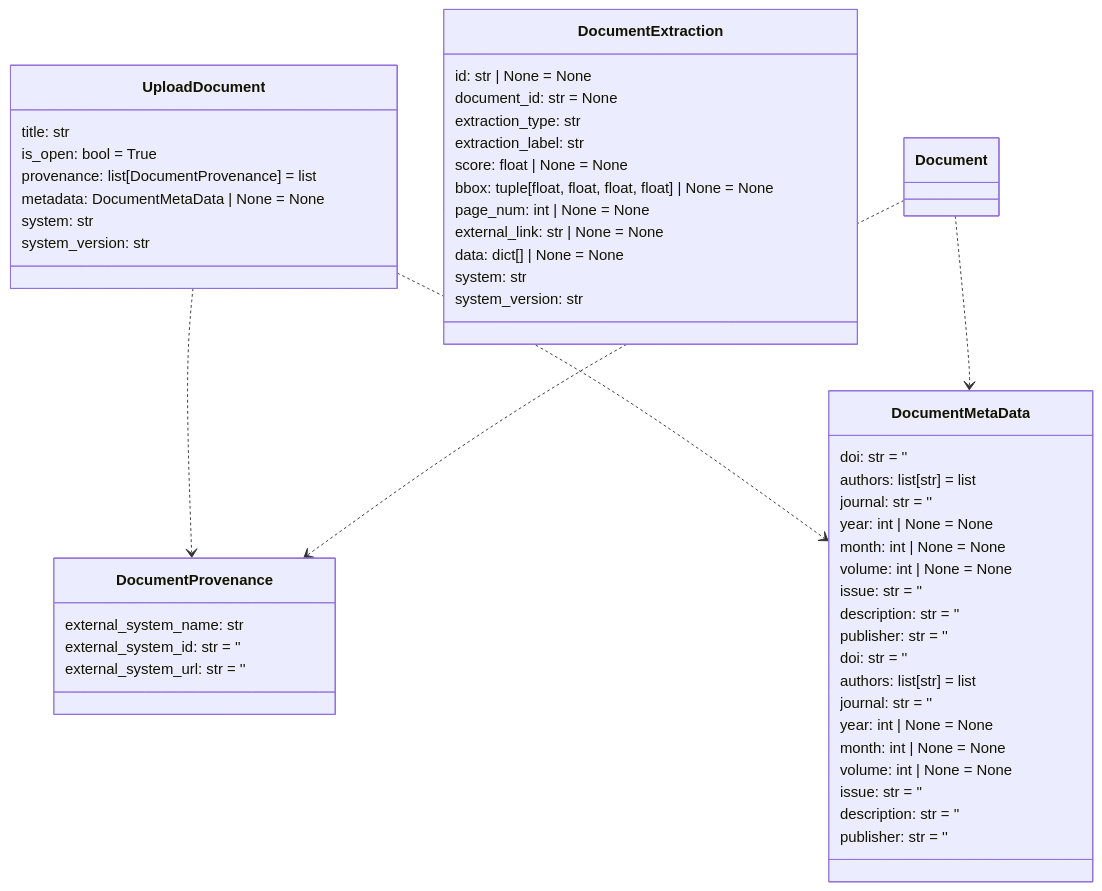
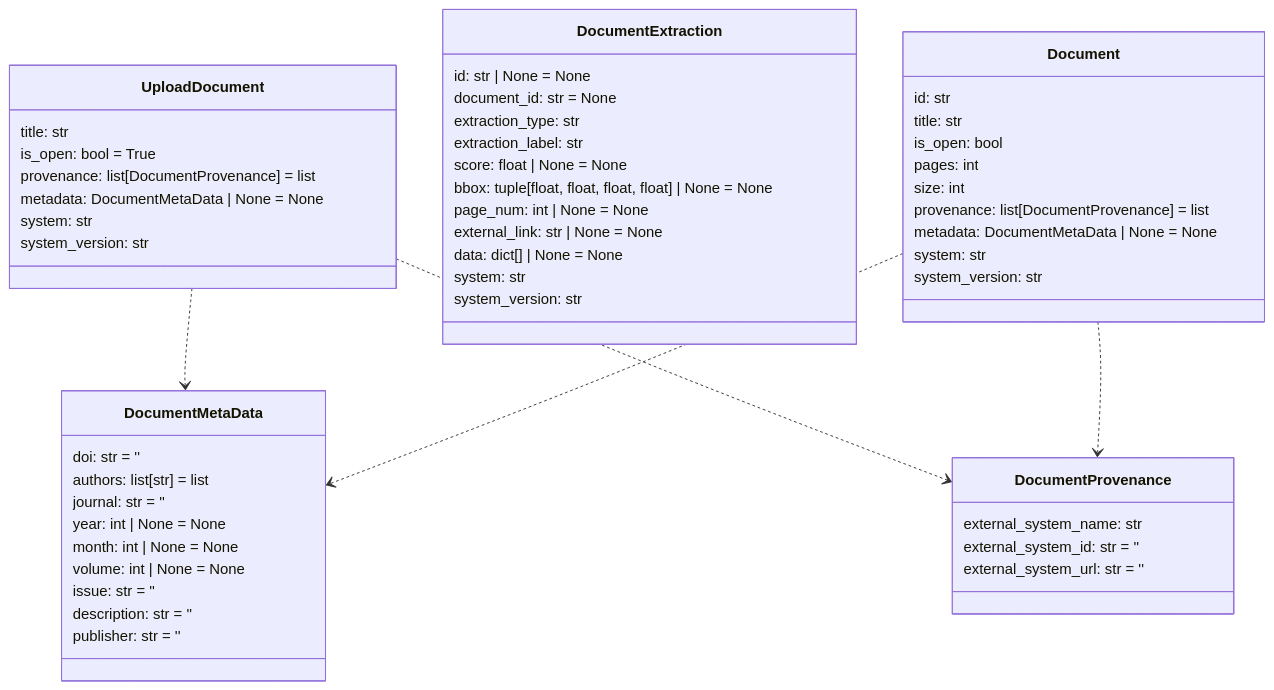
One commit to DARPA-CRITICALMAAS/cdr_schemas changed the ninth of 14 diagrams in README.md. Above: the diagram before and after it, drawn with Mermaid. The commit also changed other lines of this file and 1 other file, not shown here.

````diff
--- a/README.md
+++ b/README.md
@@ -723,63 +695,63 @@
 ```mermaid
 classDiagram
 
-    class UploadDocument {
+    class Document {
+        id: str
         title: str
-        is_open: bool = True
+        is_open: bool
+        pages: int
+        size: int
         provenance: list[DocumentProvenance] = list
         metadata: DocumentMetaData | None = None
         system: str
         system_version: str
-    }
-
-    class DocumentMetaData {
-        doi: str = ''
-        authors: list[str] = list
-        journal: str = ''
-        year: int | None = None
-        month: int | None = None
-        volume: int | None = None
-        issue: str = ''
-        description: str = ''
-        publisher: str = ''
-    }
-
-    class DocumentProvenance {
-        external_system_name: str
-        external_system_id: str = ''
-        external_system_url: str = ''
     }
 
     class DocumentExtraction {
         id: str | None = None
         document_id: str = None
         extraction_type: str
         extraction_label: str
         score: float | None = None
         bbox: tuple[float, float, float, float] | None = None
         page_num: int | None = None
         external_link: str | None = None
         data: dict[] | None = None
         system: str
         system_version: str
     }
 
     class DocumentMetaData {
         doi: str = ''
         authors: list[str] = list
         journal: str = ''
         year: int | None = None
         month: int | None = None
         volume: int | None = None
         issue: str = ''
         description: str = ''
         publisher: str = ''
     }
 
+    class DocumentProvenance {
+        external_system_name: str
+        external_system_id: str = ''
+        external_system_url: str = ''
+    }
+
+    class UploadDocument {
+        title: str
+        is_open: bool = True
+        provenance: list[DocumentProvenance] = list
+        metadata: DocumentMetaData | None = None
+        system: str
+        system_version: str
+    }
+
+    UploadDocument ..> DocumentMetaData
     UploadDocument ..> DocumentProvenance
-    UploadDocument ..> DocumentMetaData
+    Document ..> DocumentMetaData
     Document ..> DocumentProvenance
-    Document ..> DocumentMetaData
 
 
 ```
````
